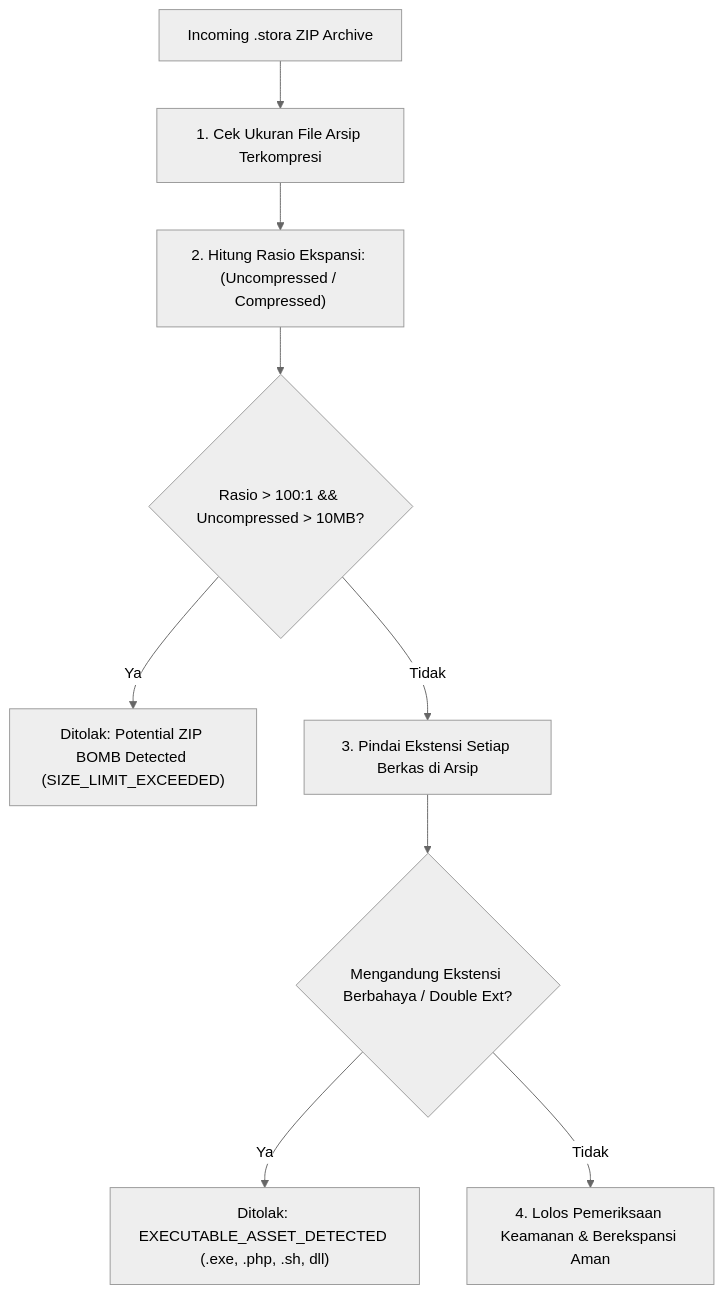
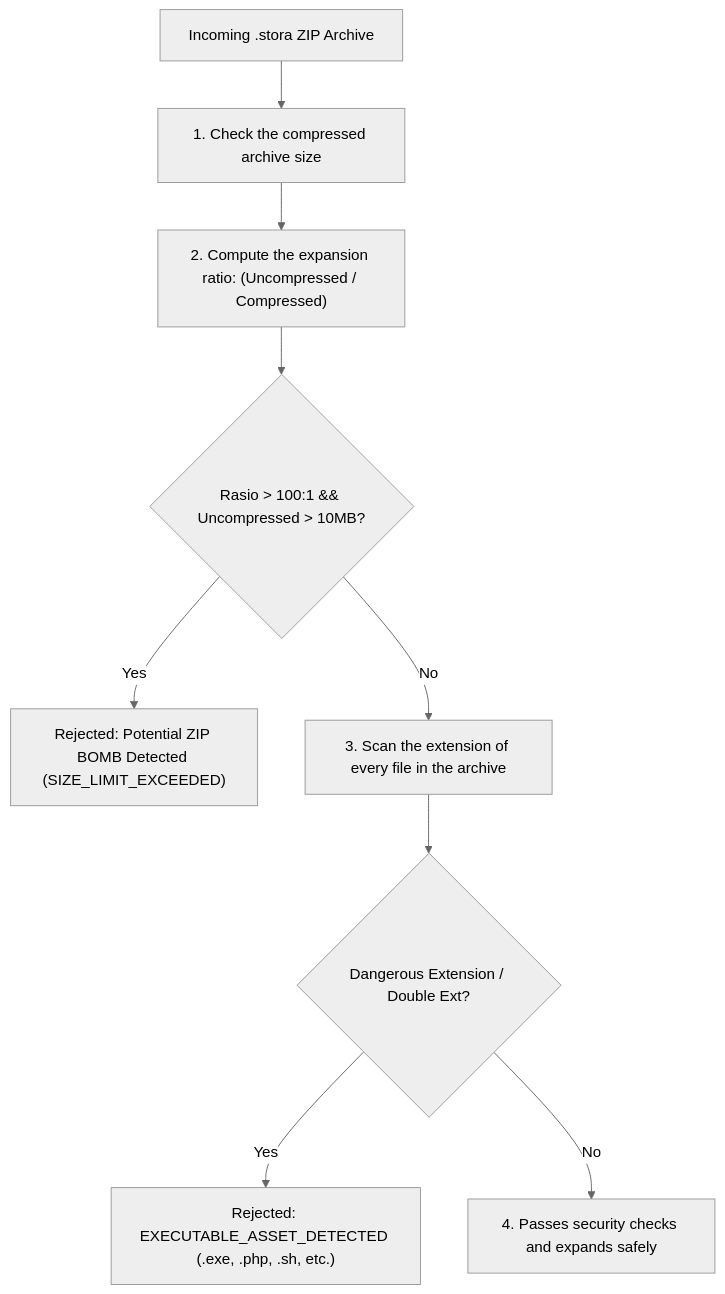
One commit to kustora/kubuild changed the second of 2 diagrams in apps/docs/content/docs/integration/security.mdx. Above: the diagram before and after it, drawn with Mermaid (neutral theme). The commit also changed other lines of this file and 43 other files, not shown here.

````diff
--- a/apps/docs/content/docs/integration/security.mdx
+++ b/apps/docs/content/docs/integration/security.mdx
@@ -260,11 +260,11 @@
 ```mermaid
 flowchart TD
-    Archive["Incoming .stora ZIP Archive"] --> CheckSize["1. Cek Ukuran File Arsip Terkompresi"]
-    CheckSize --> RatioCheck["2. Hitung Rasio Ekspansi: (Uncompressed / Compressed)"]
+    Archive["Incoming .stora ZIP Archive"] --> CheckSize["1. Check the compressed archive size"]
+    CheckSize --> RatioCheck["2. Compute the expansion ratio: (Uncompressed / Compressed)"]
     RatioCheck --> Decision{Rasio > 100:1 && Uncompressed > 10MB?}
-    Decision -- Ya --> RejectZip["Ditolak: Potential ZIP BOMB Detected (SIZE_LIMIT_EXCEEDED)"]
-    Decision -- Tidak --> ExtCheck["3. Pindai Ekstensi Setiap Berkas di Arsip"]
-    ExtCheck --> IsDanger{Mengandung Ekstensi Berbahaya / Double Ext?}
-    IsDanger -- Ya --> RejectExt["Ditolak: EXECUTABLE_ASSET_DETECTED (.exe, .php, .sh, dll)"]
-    IsDanger -- Tidak --> Success["4. Lolos Pemeriksaan Keamanan & Berekspansi Aman"]
+    Decision -- Yes --> RejectZip["Rejected: Potential ZIP BOMB Detected (SIZE_LIMIT_EXCEEDED)"]
+    Decision -- No --> ExtCheck["3. Scan the extension of every file in the archive"]
+    ExtCheck --> IsDanger{Dangerous Extension / Double Ext?}
+    IsDanger -- Yes --> RejectExt["Rejected: EXECUTABLE_ASSET_DETECTED (.exe, .php, .sh, etc.)"]
+    IsDanger -- No --> Success["4. Passes security checks and expands safely"]
 ```
````
